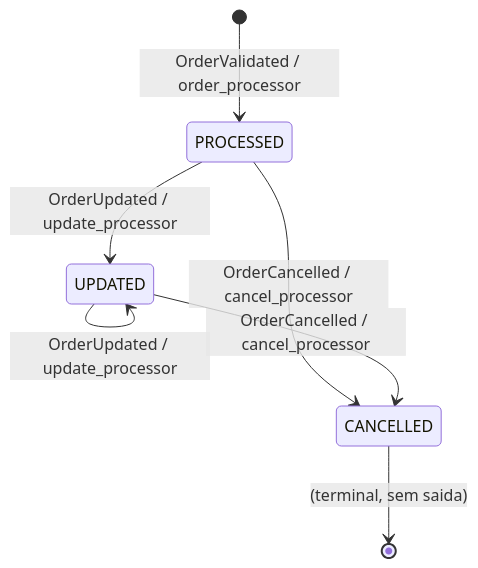
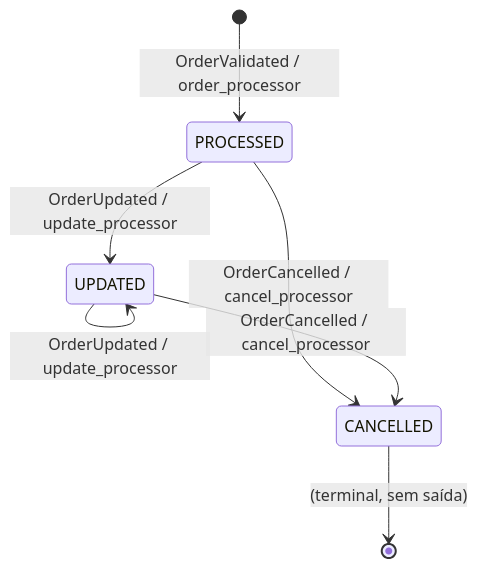
One commit to DessimA/aws-serverless-order-management changed the diagram in docs/lifecycle_status.md. Above: the diagram before and after it, drawn with Mermaid. The commit also changed other lines of this file and 17 other files, not shown here.

Commit message:
docs: portfolio-oriented README, ARCHITECTURE.md, and PT-BR accent fixes

````diff
--- a/docs/lifecycle_status.md
+++ b/docs/lifecycle_status.md
@@ -7,9 +7,9 @@
 ```mermaid
 stateDiagram-v2
     [*] --> PROCESSED : OrderValidated / order_processor
     PROCESSED --> UPDATED : OrderUpdated / update_processor
     PROCESSED --> CANCELLED : OrderCancelled / cancel_processor
     UPDATED --> UPDATED : OrderUpdated / update_processor
     UPDATED --> CANCELLED : OrderCancelled / cancel_processor
-    CANCELLED --> [*] : (terminal, sem saida)
+    CANCELLED --> [*] : (terminal, sem saída)
 ```
````
